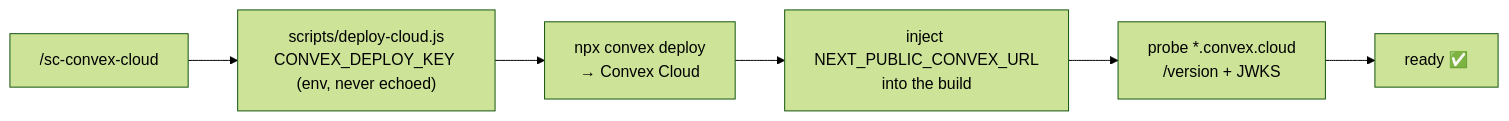
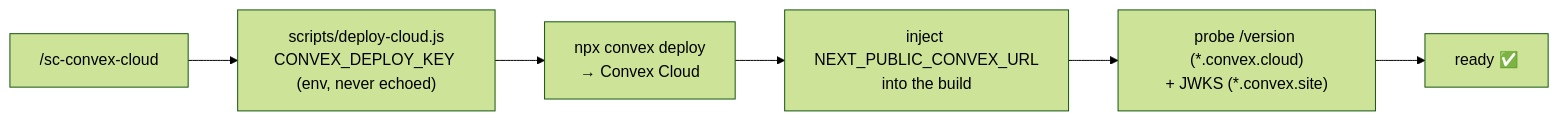
The diagram in skills/sc-convex-cloud/SKILL.md (rahmanef63/si-coder-agent), drawn with Mermaid (forest theme) before and after one commit. The commit also changed other lines of this file and 22 other files, not shown here.

````diff
--- a/skills/sc-convex-cloud/SKILL.md
+++ b/skills/sc-convex-cloud/SKILL.md
@@ -10,8 +10,8 @@
 ```mermaid
 flowchart LR
     A["/sc-convex-cloud"] --> B["scripts/deploy-cloud.js<br/>CONVEX_DEPLOY_KEY (env, never echoed)"]
     B --> C["npx convex deploy<br/>→ Convex Cloud"]
     C --> D["inject NEXT_PUBLIC_CONVEX_URL<br/>into the build"]
-    D --> E["probe *.convex.cloud<br/>/version + JWKS"]
+    D --> E["probe /version (*.convex.cloud)<br/>+ JWKS (*.convex.site)"]
     E --> F["ready ✅"]
 ```
````
